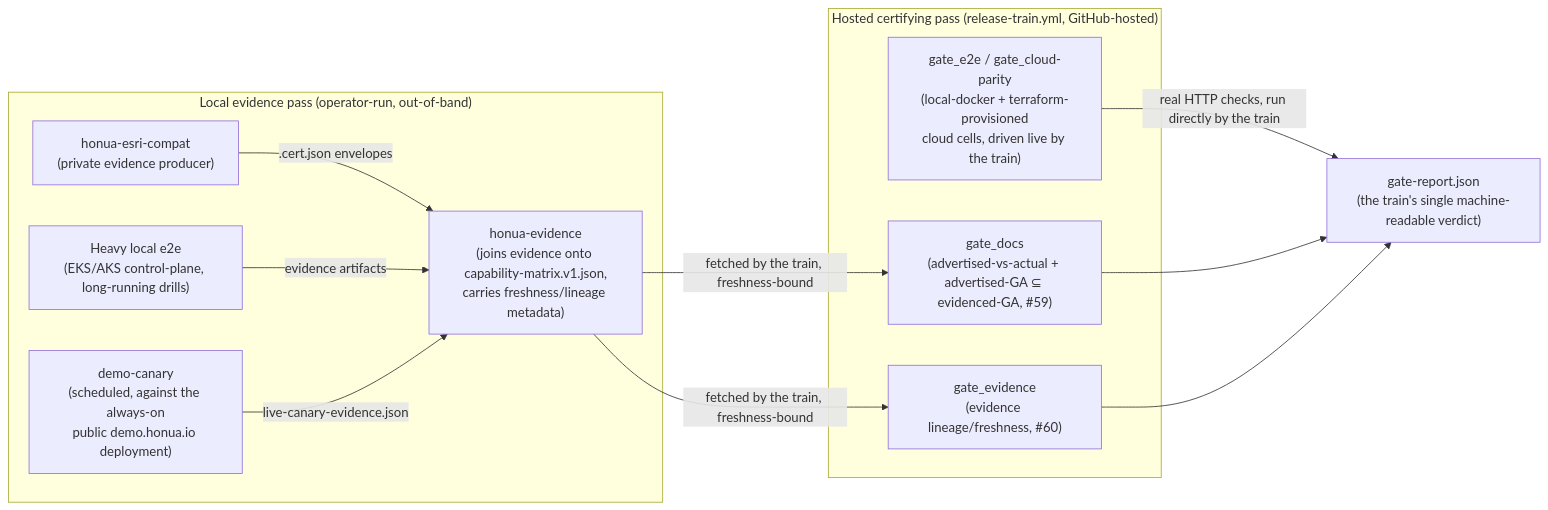
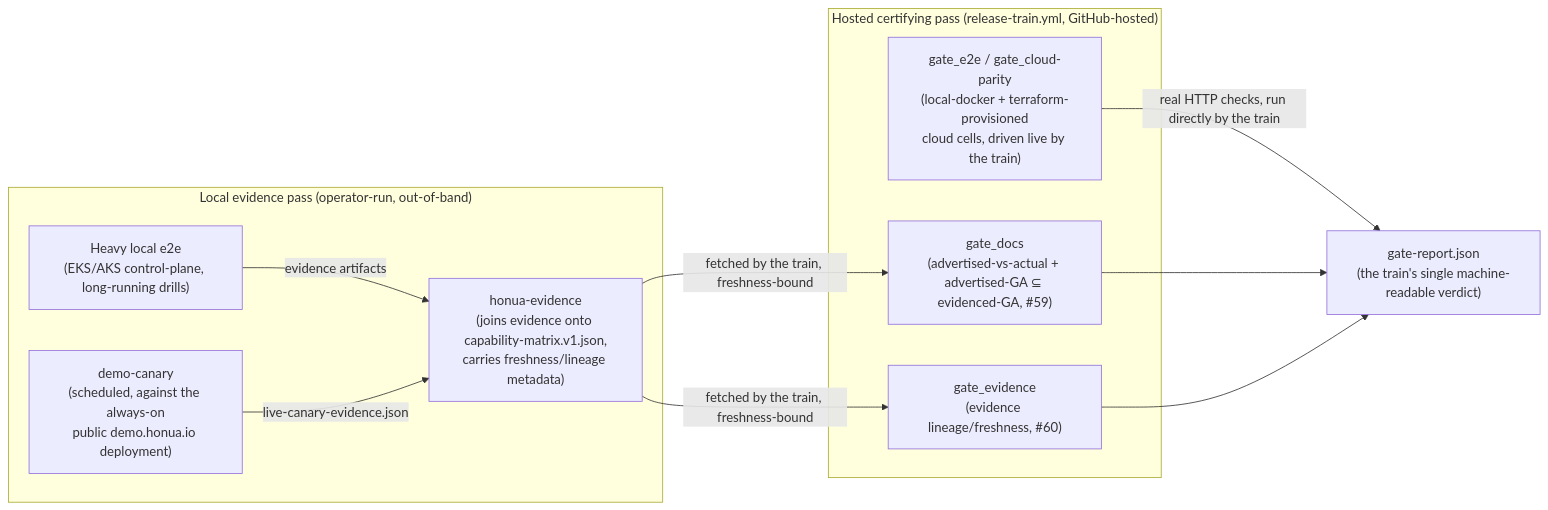
The diagram in docs/HYBRID-TRAIN.md (honua-io/honua-release), drawn with Mermaid before and after one commit. The commit also changed other lines of this file and 77 other files, not shown here.

First line of the commit message:
fix(release): remove esri-compat references (#1287)

````diff
--- a/docs/HYBRID-TRAIN.md
+++ b/docs/HYBRID-TRAIN.md
@@ -21,19 +21,18 @@
 ```mermaid
 flowchart LR
     subgraph Local["Local evidence pass (operator-run, out-of-band)"]
-        A["honua-esri-compat<br/>(private evidence producer)"] -->|".cert.json envelopes"| E
         B["Heavy local e2e<br/>(EKS/AKS control-plane, long-running drills)"] -->|"evidence artifacts"| E
         C["demo-canary<br/>(scheduled, against the always-on<br/>public demo.honua.io deployment)"] -->|"live-canary-evidence.json"| E
         E["honua-evidence<br/>(joins evidence onto capability-matrix.v1.json,<br/>carries freshness/lineage metadata)"]
     end
     subgraph Hosted["Hosted certifying pass (release-train.yml, GitHub-hosted)"]
         F["gate_docs<br/>(advertised-vs-actual + advertised-GA ⊆ evidenced-GA, #59)"]
         G["gate_evidence<br/>(evidence lineage/freshness, #60)"]
         H["gate_e2e / gate_cloud-parity<br/>(local-docker + terraform-provisioned<br/>cloud cells, driven live by the train)"]
     end
     E -->|"fetched by the train, freshness-bound"| F
     E -->|"fetched by the train, freshness-bound"| G
     H -->|"real HTTP checks, run directly by the train"| Report["gate-report.json<br/>(the train's single machine-readable verdict)"]
     F --> Report
     G --> Report
 ```
````
